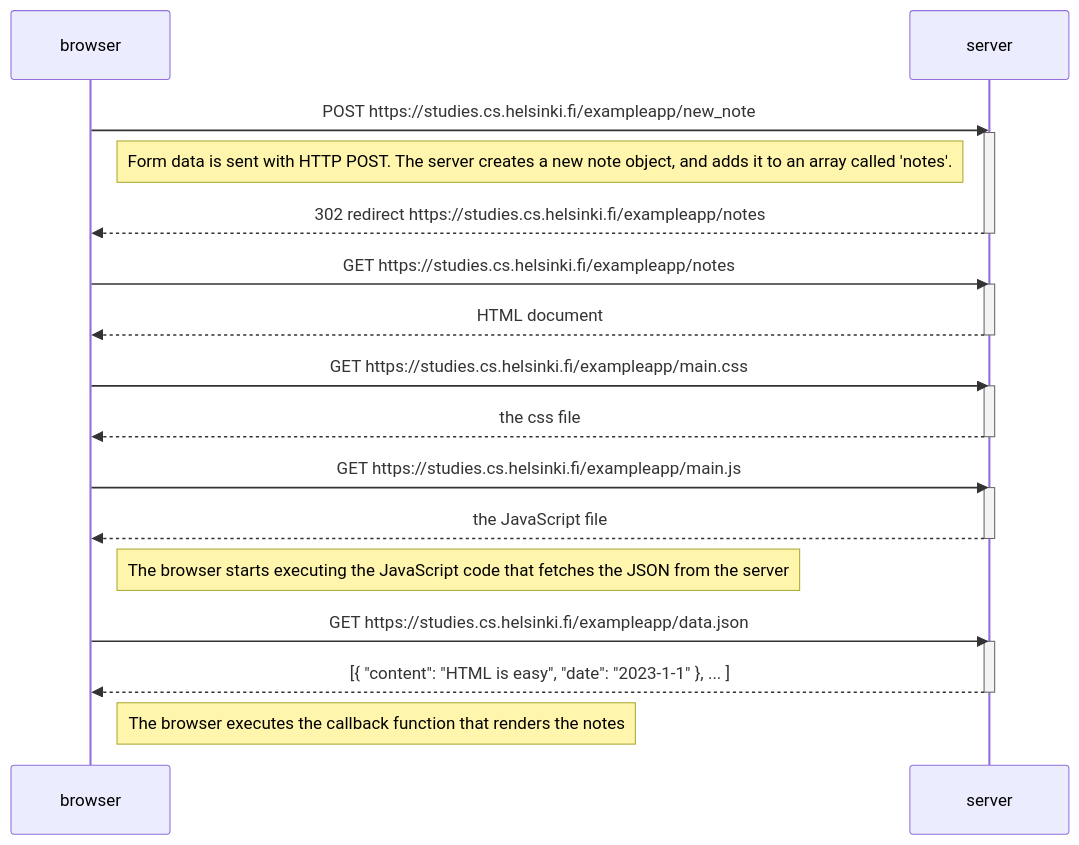
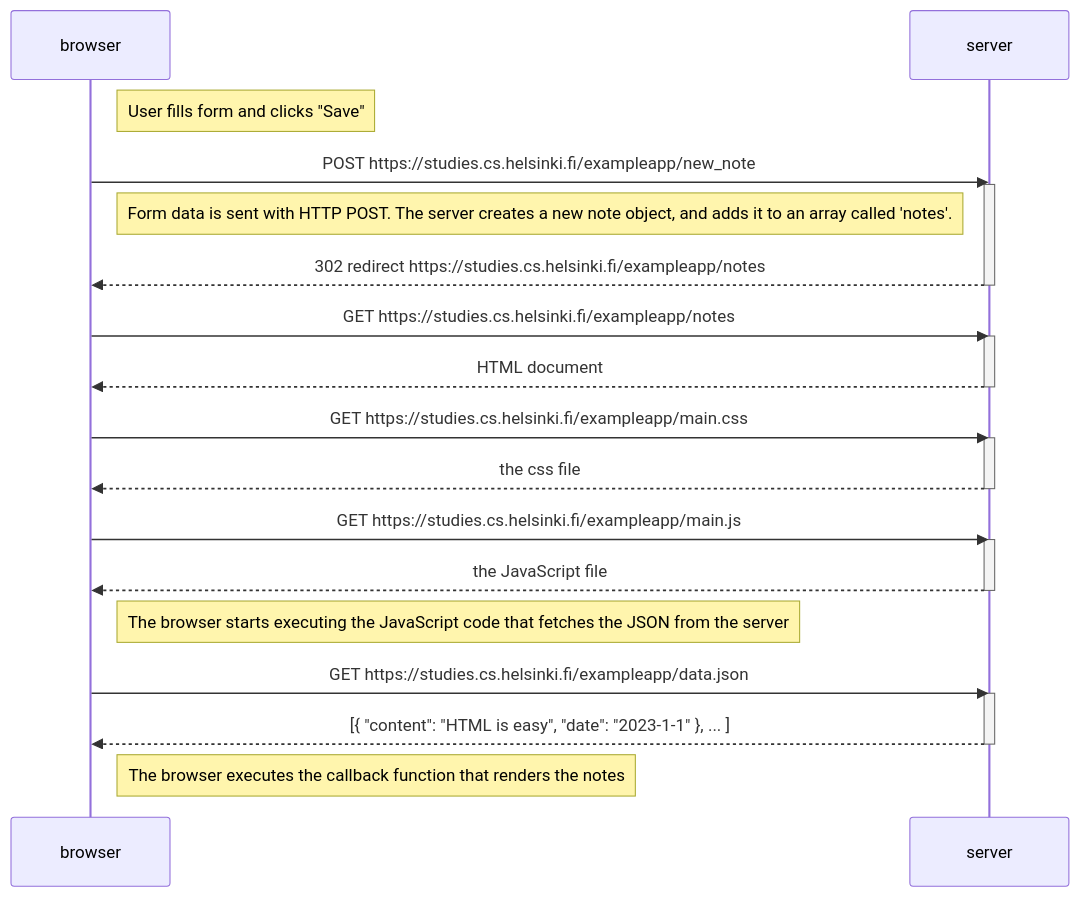
Before and after one commit to mlnxsg/FSO: the diagram in part0/04.mmd, drawn with Mermaid.

```diff
--- a/part0/04.mmd
+++ b/part0/04.mmd
@@ -1,33 +1,34 @@
 sequenceDiagram
     participant browser
     participant server
 
+    Note right of browser:  User fills form and clicks "Save"
     browser->>server: POST https://studies.cs.helsinki.fi/exampleapp/new_note
     activate server
     Note right of browser: Form data is sent with HTTP POST. The server creates a new note object, and adds it to an array called 'notes'.
     server-->>browser: 302 redirect https://studies.cs.helsinki.fi/exampleapp/notes
     deactivate server
 
     browser->>server: GET https://studies.cs.helsinki.fi/exampleapp/notes
     activate server
     server-->>browser: HTML document
     deactivate server
 
     browser->>server: GET https://studies.cs.helsinki.fi/exampleapp/main.css
     activate server
     server-->>browser: the css file
     deactivate server
 
     browser->>server: GET https://studies.cs.helsinki.fi/exampleapp/main.js
     activate server
     server-->>browser: the JavaScript file
     deactivate server
 
     Note right of browser: The browser starts executing the JavaScript code that fetches the JSON from the server
   
     browser->>server: GET https://studies.cs.helsinki.fi/exampleapp/data.json
     activate server
     server-->>browser: [{ "content": "HTML is easy", "date": "2023-1-1" }, ... ]
     deactivate server
 
     Note right of browser: The browser executes the callback function that renders the notes
```
